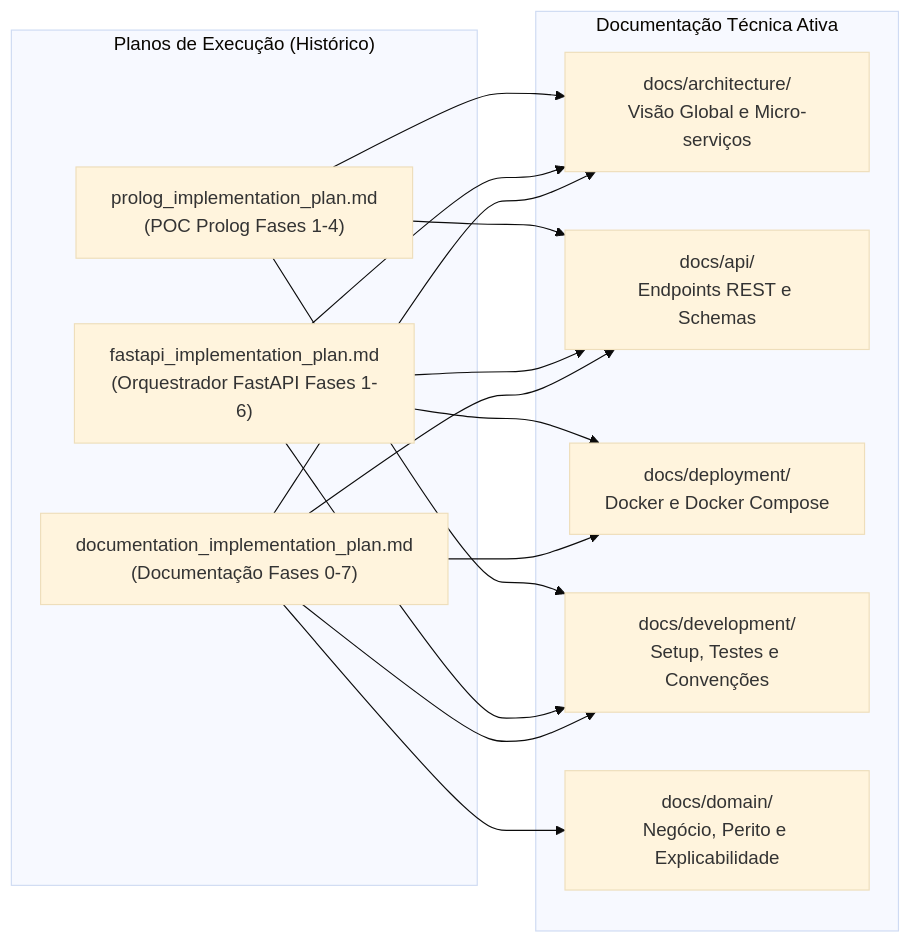
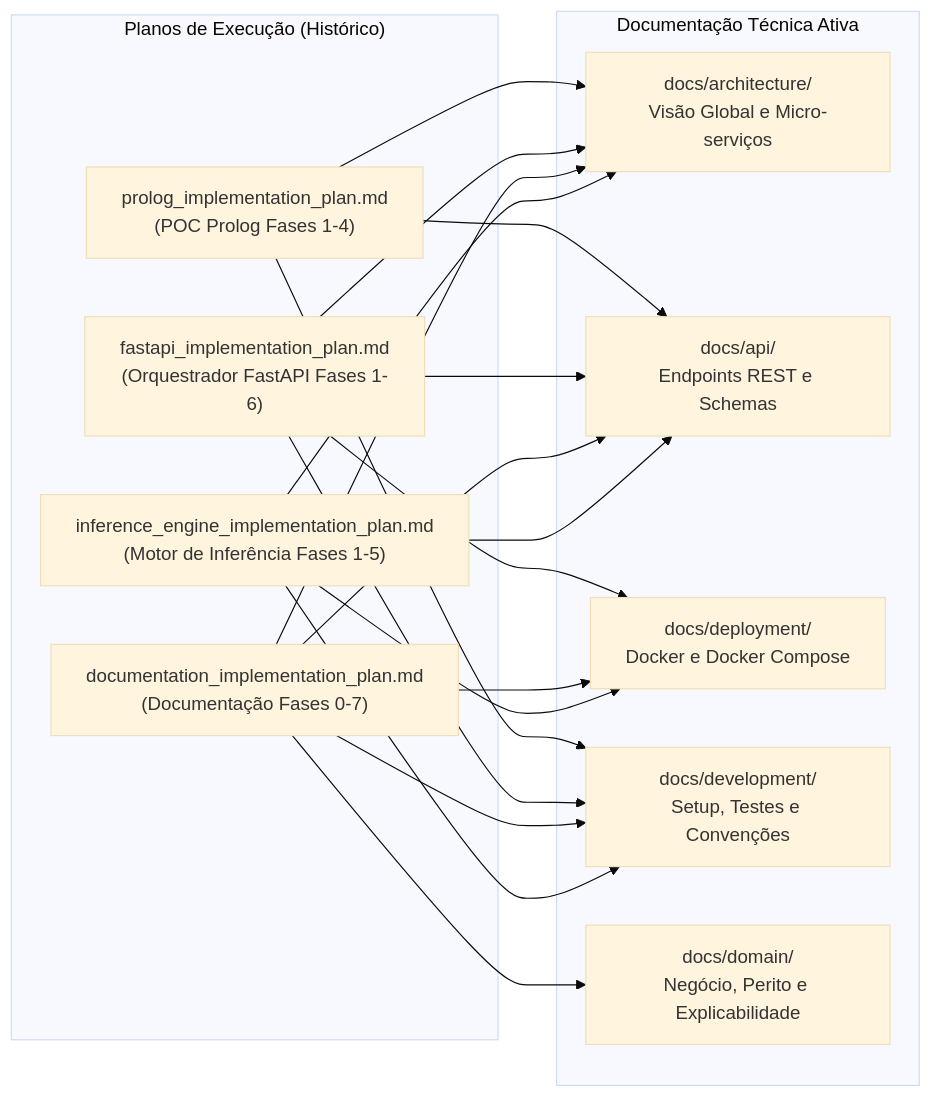
The diagram in docs/history/README.md (Santiago-1211173/meia-equipa3-challenge1-26_27), drawn with Mermaid (base theme) before and after one commit. The commit also changed other lines of this file and 37 other files, not shown here.

````diff
--- a/docs/history/README.md
+++ b/docs/history/README.md
@@ -31,31 +32,37 @@
 ```mermaid
 graph LR
     subgraph PlanosHistoricos ["Planos de Execução (Histórico)"]
         H_PL["prolog_implementation_plan.md<br/>(POC Prolog Fases 1-4)"]
         H_PY["fastapi_implementation_plan.md<br/>(Orquestrador FastAPI Fases 1-6)"]
         H_DOC["documentation_implementation_plan.md<br/>(Documentação Fases 0-7)"]
+        H_INF["inference_engine_implementation_plan.md<br/>(Motor de Inferência Fases 1-5)"]
     end
 
     subgraph DocsAtivos ["Documentação Técnica Ativa"]
         ARCH["docs/architecture/<br/>Visão Global e Micro-serviços"]
         API["docs/api/<br/>Endpoints REST e Schemas"]
         DEP["docs/deployment/<br/>Docker e Docker Compose"]
         DEV["docs/development/<br/>Setup, Testes e Convenções"]
         DOM["docs/domain/<br/>Negócio, Perito e Explicabilidade"]
     end
 
     H_PL --> ARCH
     H_PL --> API
     H_PL --> DEV
 
     H_PY --> ARCH
     H_PY --> API
     H_PY --> DEP
     H_PY --> DEV
 
     H_DOC --> DOM
     H_DOC --> ARCH
     H_DOC --> API
     H_DOC --> DEP
     H_DOC --> DEV
+
+    H_INF --> ARCH
+    H_INF --> API
+    H_INF --> DEP
+    H_INF --> DEV
 ```
````
